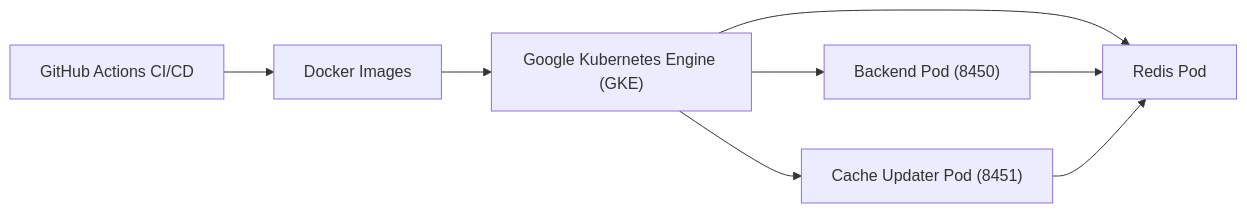
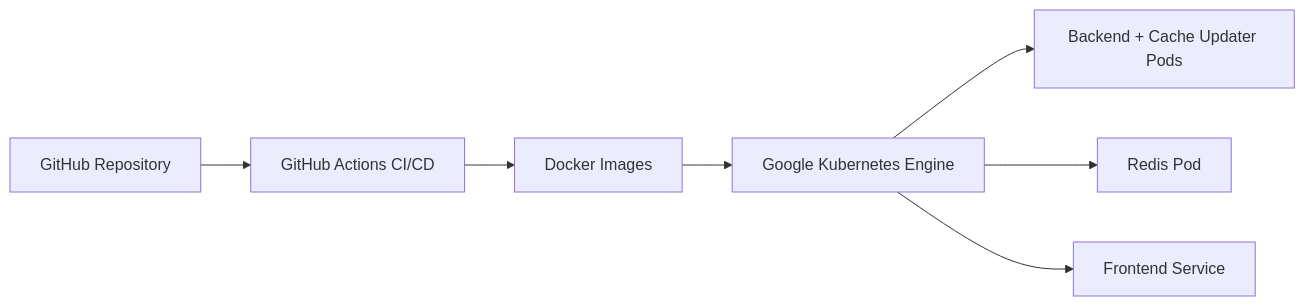
The eighth of 8 diagrams in docs/development/architecture/README.md (flamingo-stack/major-league-github), drawn with Mermaid before and after one commit. The commit also changed other lines of this file and 8 other files, not shown here.

````diff
--- a/docs/development/architecture/README.md
+++ b/docs/development/architecture/README.md
@@ -178,10 +218,9 @@
 ```mermaid
 flowchart LR
-    GitHubActions["GitHub Actions CI/CD"] --> Docker["Docker Images"]
-    Docker --> GKE["Google Kubernetes Engine (GKE)"]
-    GKE --> BackendPod["Backend Pod (8450)"]
-    GKE --> CacheUpdaterPod["Cache Updater Pod (8451)"]
+    GitHubRepo["GitHub Repository"] --> CI["GitHub Actions CI/CD"]
+    CI --> Docker["Docker Images"]
+    Docker --> GKE["Google Kubernetes Engine"]
+    GKE --> BackendPods["Backend + Cache Updater Pods"]
     GKE --> RedisPod["Redis Pod"]
-    BackendPod --> RedisPod
-    CacheUpdaterPod --> RedisPod
+    GKE --> FrontendService["Frontend Service"]
 ```
````
